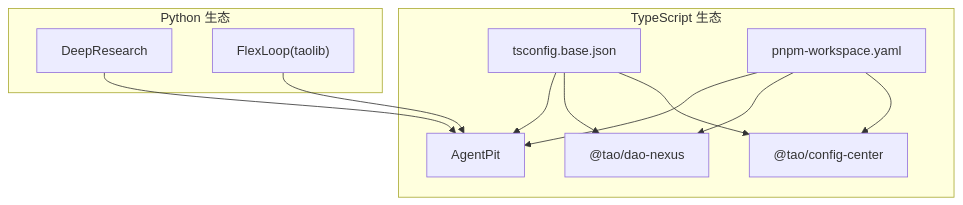
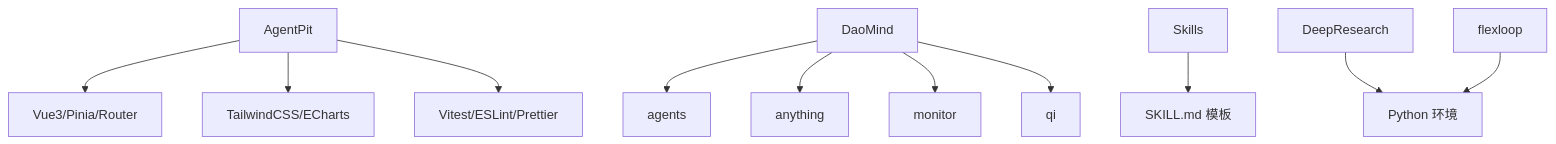
The seventh of 7 diagrams in .qoder/repowiki/zh/content/项目概述/项目概述.md (daoApps/daoApps), drawn with Mermaid before and after one commit. The commit also changed other lines of this file and 274 other files, not shown here.

````diff
--- a/.qoder/repowiki/zh/content/项目概述/项目概述.md
+++ b/.qoder/repowiki/zh/content/项目概述/项目概述.md
@@ -283,22 +273,13 @@
 ```mermaid
 graph TB
-subgraph "TypeScript 生态"
-tsBase["tsconfig.base.json"]
-pnpmWs["pnpm-workspace.yaml"]
-AgentPit["AgentPit"]
-daoNexus["@tao/dao-nexus"]
-configCenter["@tao/config-center"]
-end
-subgraph "Python 生态"
-DR["DeepResearch"]
-Flex["FlexLoop(taolib)"]
-end
-tsBase --> AgentPit
-tsBase --> daoNexus
-tsBase --> configCenter
-pnpmWs --> AgentPit
-pnpmWs --> daoNexus
-pnpmWs --> configCenter
-DR --> AgentPit
-Flex --> AgentPit
+AP["AgentPit"] --> V["Vue3/Pinia/Router"]
+AP --> TW["TailwindCSS/ECharts"]
+AP --> VT["Vitest/ESLint/Prettier"]
+DM["DaoMind"] --> AG["agents"]
+DM --> ANY["anything"]
+DM --> MON["monitor"]
+DM --> QI["qi"]
+SK["Skills"] --> SKT["SKILL.md 模板"]
+DR["DeepResearch"] --> PY["Python 环境"]
+FL["flexloop"] --> PY
 ```
````
